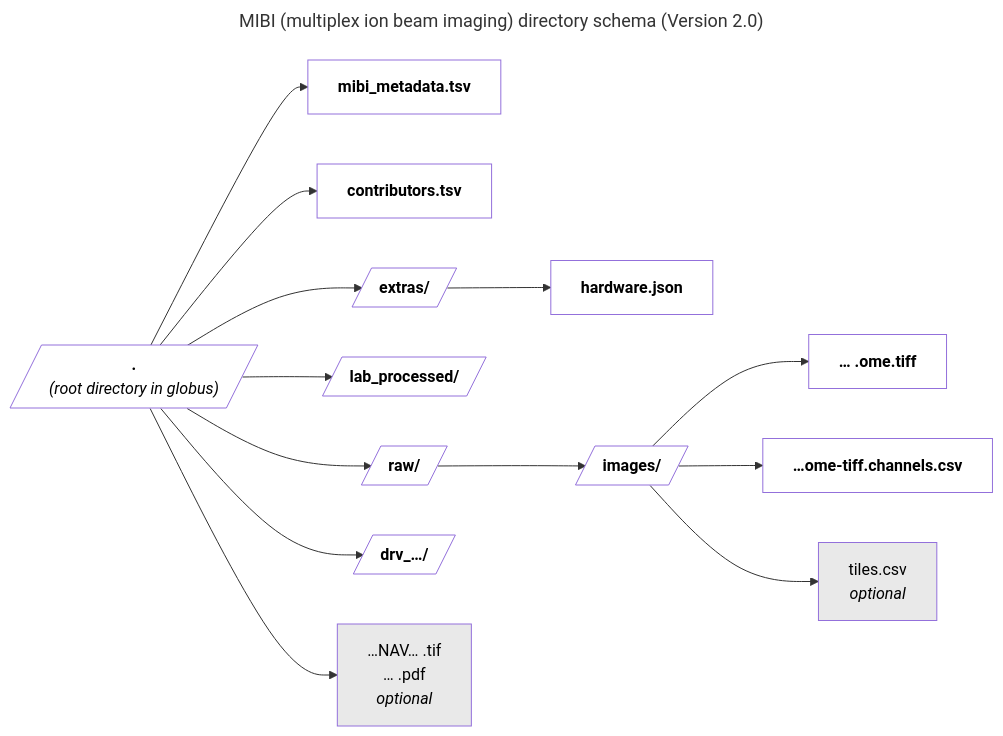
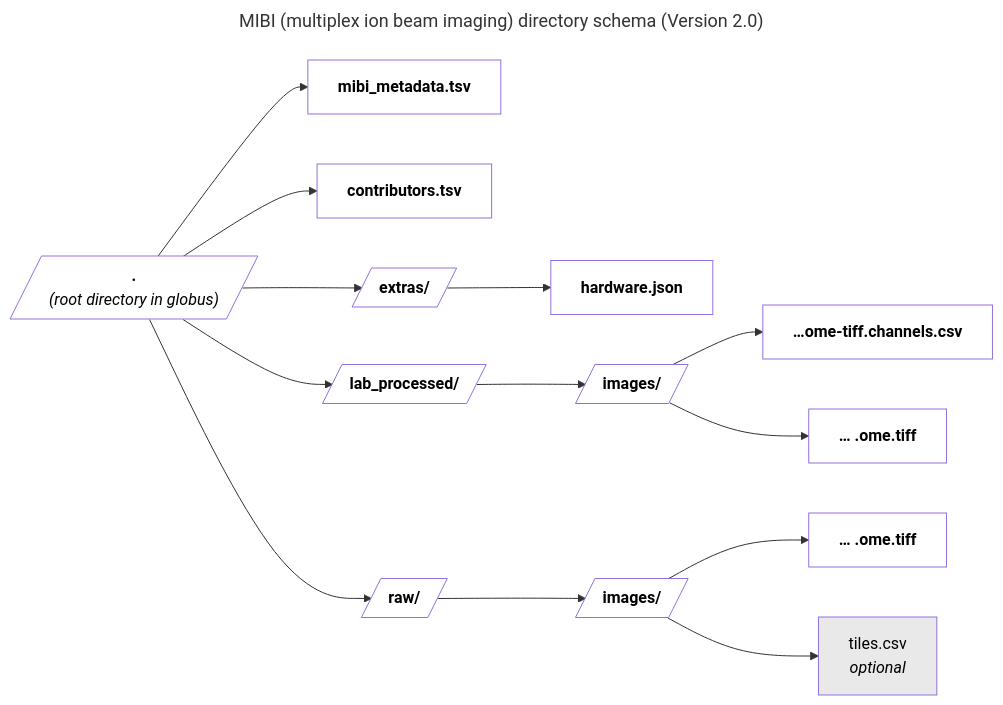
The diagram in docs/mibi/current/index.md (dojobo/ingest-validation-tools), drawn with Mermaid before and after one commit.

Commit message:
fix mibi mistakes

````diff
--- a/docs/mibi/current/index.md
+++ b/docs/mibi/current/index.md
@@ -46,31 +46,27 @@
 ```mermaid
 ---
 title: MIBI (multiplex ion beam imaging) directory schema (Version 2.0)
 ---
 flowchart LR
     root[/"`**.**
     *(root directory in globus)*`"/] --> meta["`**mibi_metadata.tsv**`"]
     root --> c["`**contributors.tsv**`"]
     
     root --> ex[/"`**extras/**`"/] 
     ex --> hw["`**hardware.json**`"]
     
     
     root --> lp[/"`**lab_processed/**`"/]
+    lp --> lpi[/"`**images/**`"/]
+    lpi --> chan["`**…ome-tiff.channels.csv**`"]
+    lpi --> ometiffp["`**… .ome.tiff**`"]
     
     root --> raw[/"`**raw/**`"/]
     raw --> rawi[/"`**images/**`"/]
-    rawi --> ometiff["`**… .ome.tiff**`"]
-    rawi --> chan["`**…ome-tiff.channels.csv**`"]
+    rawi --> ometiffr["`**… .ome.tiff**`"]
     rawi --> tiles["`tiles.csv
-    *optional*`"]:::opt
-    
-    root --> drv[/"`**drv_…/**`"/]
-
-    root--> nav["`…NAV… .tif
-    … .pdf
     *optional*`"]:::opt
     
     classDef default fill:#FFFFFF,color:#000;
     classDef opt fill:#E9E9E9,color:#000;
 ```
````
